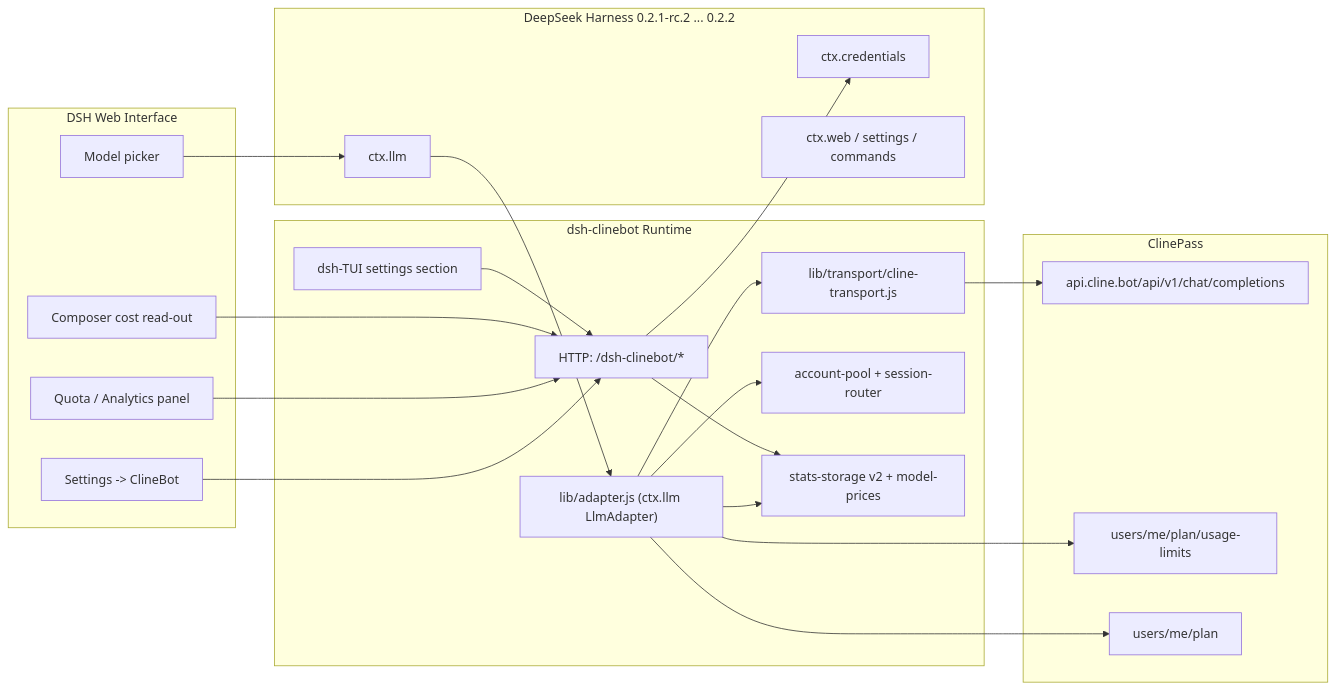
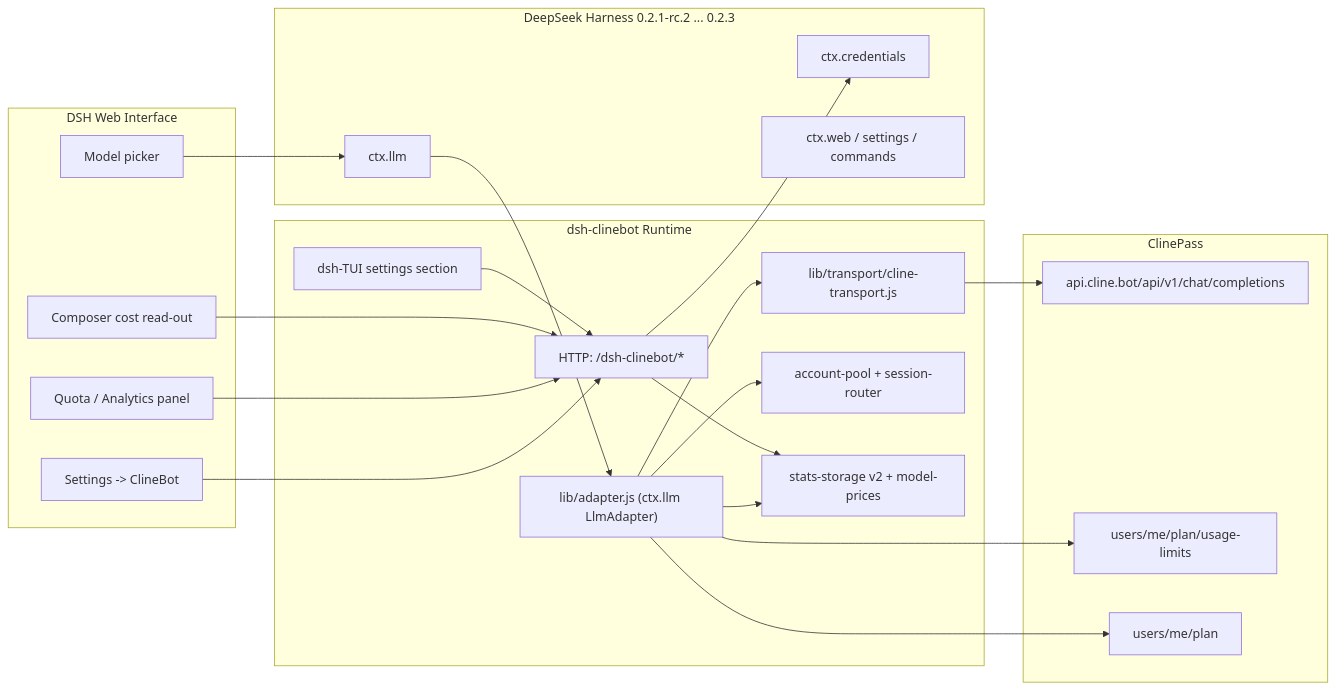
One commit to GooDAnDReaDY/dsh-clinebot changed the diagram in README.md. Above: the diagram before and after it, drawn with Mermaid. The commit also changed other lines of this file and 5 other files, not shown here.

````diff
--- a/README.md
+++ b/README.md
@@ -68,45 +68,45 @@
 ```mermaid
 graph LR
     subgraph UI [DSH Web Interface]
         Settings["Settings -> ClineBot"]
         Dashboard["Quota / Analytics panel"]
         Composer["Composer cost read-out"]
         Picker["Model picker"]
     end
 
     subgraph PluginHost [dsh-clinebot Runtime]
         Routes["HTTP: /dsh-clinebot/*"]
         Adapter["lib/adapter.js (ctx.llm LlmAdapter)"]
         Transport["lib/transport/cline-transport.js"]
         Pool["account-pool + session-router"]
         Stats["stats-storage v2 + model-prices"]
         TUI["dsh-TUI settings section"]
     end
 
-    subgraph DSHCore [DeepSeek Harness 0.2.1-rc.2 ... 0.2.2]
+    subgraph DSHCore [DeepSeek Harness 0.2.1-rc.2 ... 0.2.3]
         Llm["ctx.llm"]
         Credentials["ctx.credentials"]
         Web["ctx.web / settings / commands"]
     end
 
     subgraph Upstream [ClinePass]
         Chat["api.cline.bot/api/v1/chat/completions"]
         Quota["users/me/plan/usage-limits"]
         Plan["users/me/plan"]
     end
 
     Settings --> Routes
     Dashboard --> Routes
     Composer --> Routes
     Picker --> Llm
     Llm --> Adapter
     Adapter --> Pool
     Adapter --> Transport
     Transport --> Chat
     Adapter --> Stats
     Routes --> Stats
     Routes --> Credentials
     TUI --> Routes
     Adapter --> Quota
     Adapter --> Plan
 ```
````
